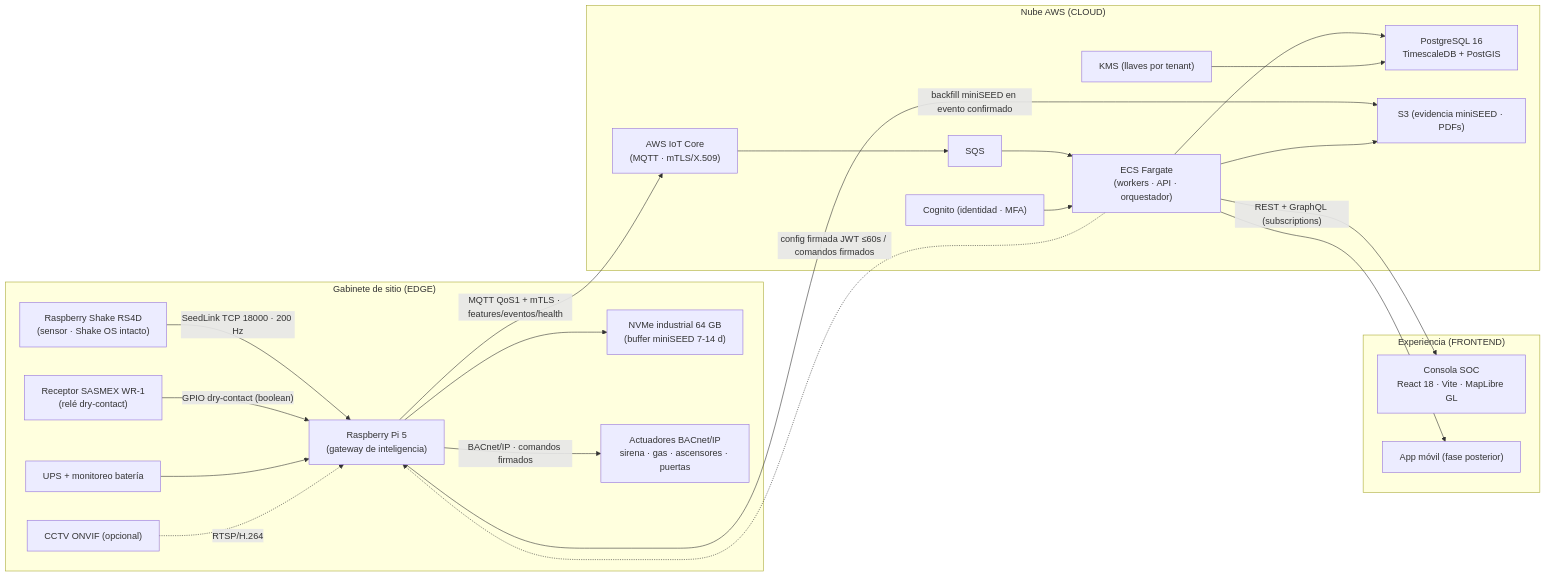
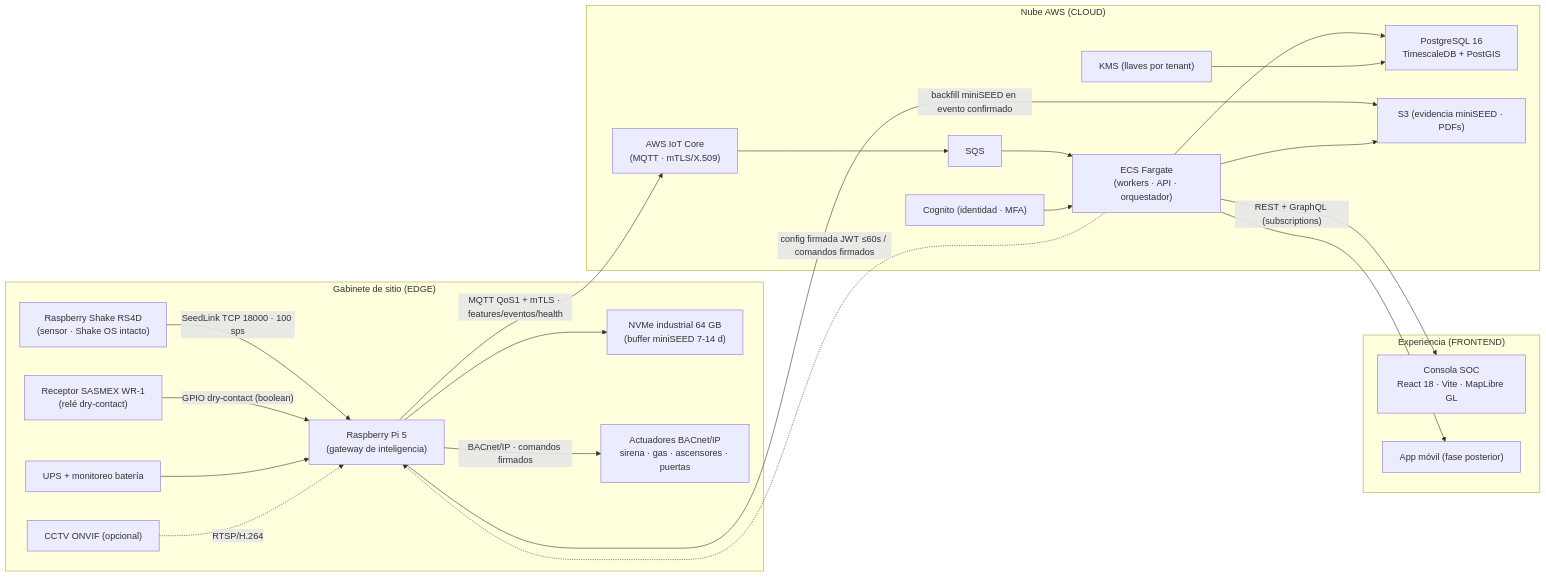
The diagram in takab-docs/BLUEPRINT-TECNICO-TAKAB.md (MauBautista/alertamiento-sismico), drawn with Mermaid before and after one commit. The commit also changed other lines of this file and 5 other files, not shown here.

````diff
--- a/takab-docs/BLUEPRINT-TECNICO-TAKAB.md
+++ b/takab-docs/BLUEPRINT-TECNICO-TAKAB.md
@@ -59,45 +59,45 @@
 ```mermaid
 flowchart LR
   subgraph Gabinete["Gabinete de sitio (EDGE)"]
     RS["Raspberry Shake RS4D\n(sensor · Shake OS intacto)"]
     WR1["Receptor SASMEX WR-1\n(relé dry-contact)"]
     PI["Raspberry Pi 5\n(gateway de inteligencia)"]
     SSD["NVMe industrial 64 GB\n(buffer miniSEED 7-14 d)"]
     UPS["UPS + monitoreo batería"]
     BAC["Actuadores BACnet/IP\nsirena · gas · ascensores · puertas"]
     CCTV["CCTV ONVIF (opcional)"]
 
-    RS -->|"SeedLink TCP 18000 · 200 Hz"| PI
+    RS -->|"SeedLink TCP 18000 · 100 sps"| PI
     WR1 -->|"GPIO dry-contact (boolean)"| PI
     PI --> SSD
     UPS --> PI
     PI -->|"BACnet/IP · comandos firmados"| BAC
     CCTV -.->|"RTSP/H.264"| PI
   end
 
   subgraph Cloud["Nube AWS (CLOUD)"]
     IOT["AWS IoT Core\n(MQTT · mTLS/X.509)"]
     SQS["SQS"]
     ECS["ECS Fargate\n(workers · API · orquestador)"]
     PG["PostgreSQL 16\nTimescaleDB + PostGIS"]
     S3["S3 (evidencia miniSEED · PDFs)"]
     COG["Cognito (identidad · MFA)"]
     KMS["KMS (llaves por tenant)"]
   end
 
   subgraph Front["Experiencia (FRONTEND)"]
     WEB["Consola SOC\nReact 18 · Vite · MapLibre GL"]
     MOB["App móvil (fase posterior)"]
   end
 
   PI -->|"MQTT QoS1 + mTLS · features/eventos/health"| IOT
   PI -->|"backfill miniSEED en evento confirmado"| S3
   IOT --> SQS --> ECS
   ECS --> PG
   ECS --> S3
   COG --> ECS
   KMS --> PG
   ECS -->|"REST + GraphQL (subscriptions)"| WEB
   ECS --> MOB
   ECS -.->|"config firmada JWT ≤60s / comandos firmados"| PI
 ```
````
